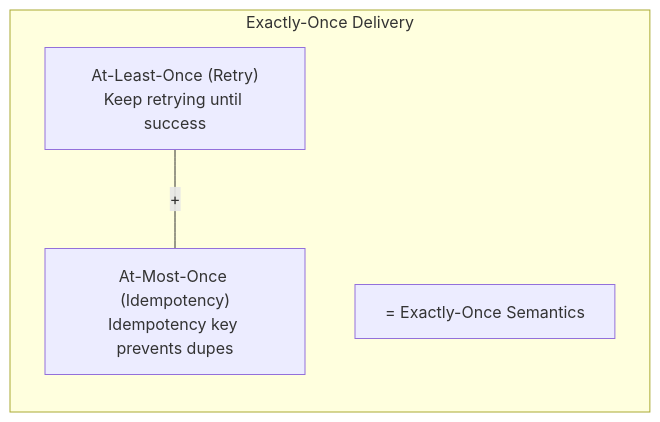
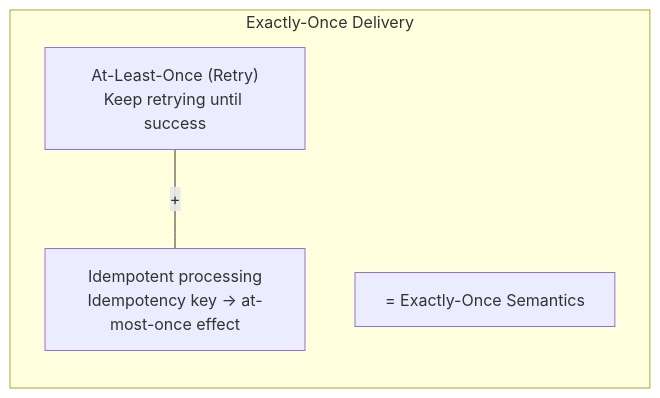
Before and after one commit to phuongdinh1411/cses-analyses: the fourth of 11 diagrams in system_design/design-payment-system.md, drawn with Mermaid. The commit also changed other lines of this file and 16 other files, not shown here.

Commit message:
System design own pages: fix capacity math (Bloom sizes, bandwidth, QPS, retention), qualify exactly-once/quorum/CAP claims, fix Avro compatibility table, payment idempotency key, S3 durability/erasure ACK, Base62/MD5 examples; label non-runnable snippets

````diff
--- a/system_design/design-payment-system.md
+++ b/system_design/design-payment-system.md
@@ -438,9 +439,9 @@
 ```mermaid
 flowchart LR
     subgraph ExactlyOnce["Exactly-Once Delivery"]
         A["At-Least-Once (Retry)<br/>Keep retrying until success"]
-        B["At-Most-Once (Idempotency)<br/>Idempotency key prevents dupes"]
+        B["Idempotent processing<br/>Idempotency key → at-most-once effect"]
         A ---|+| B
         Result["= Exactly-Once Semantics"]
     end
 ```
````
